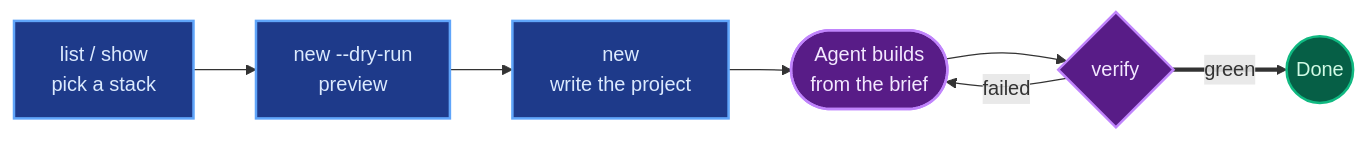
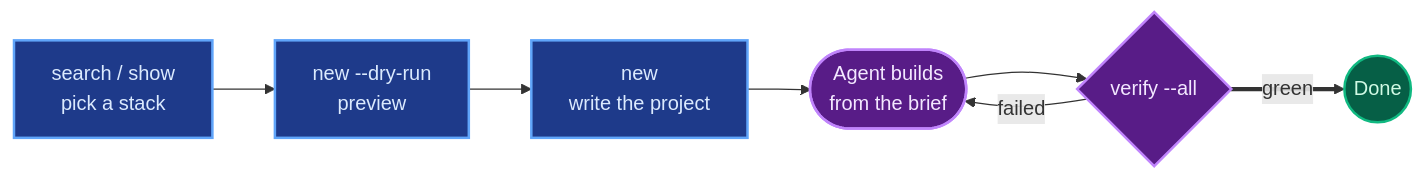
One commit to Verus-Data/quickstack changed the first of 2 diagrams in packages/cli/docs/quickstart.md. Above: the diagram before and after it, drawn with Mermaid. The commit also changed other lines of this file and 5 other files, not shown here.

````diff
--- a/packages/cli/docs/quickstart.md
+++ b/packages/cli/docs/quickstart.md
@@ -7,16 +7,16 @@
 ```mermaid
 flowchart LR
-  L["list / show<br/>pick a stack"] --> D["new --dry-run<br/>preview"]
+  L["search / show<br/>pick a stack"] --> D["new --dry-run<br/>preview"]
   D --> N["new<br/>write the project"]
   N --> A(["Agent builds<br/>from the brief"])
-  A --> V{"verify"}
+  A --> V{"verify --all"}
   V -- "failed" --> A
   V ==>|green| G(("Done"))
 
   classDef you fill:#1e3a8a,stroke:#60a5fa,stroke-width:2px,color:#dbeafe
   classDef agent fill:#581c87,stroke:#c084fc,stroke-width:2px,color:#f3e8ff
   classDef done fill:#065f46,stroke:#10b981,stroke-width:2px,color:#d1fae5
   class L,D,N you
   class A,V agent
   class G done
 ```
````
